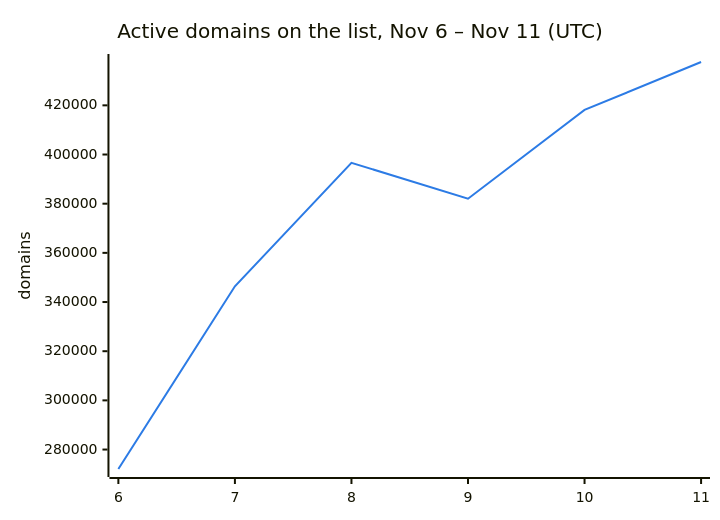
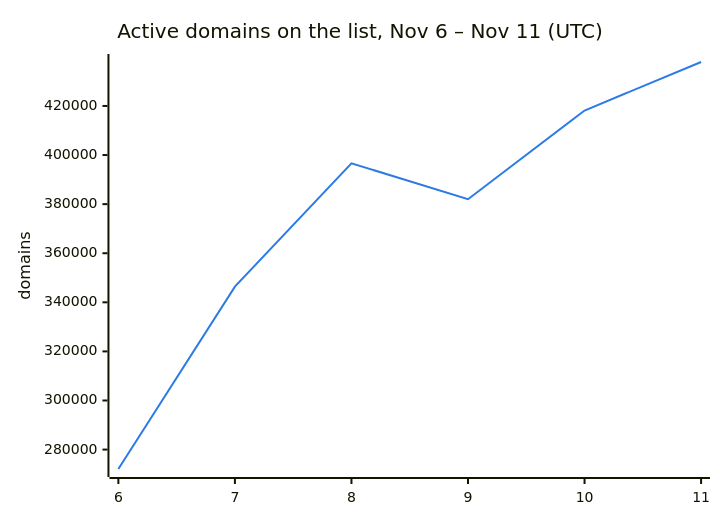
One commit to DNSBunker/CTI changed the second of 3 diagrams in README.md. Above: the diagram before and after it, drawn with Mermaid. The commit also changed other lines of this file and 3 other files, not shown here.

````diff
--- a/README.md
+++ b/README.md
@@ -38,8 +38,8 @@
 ```mermaid
 %%{init: {"themeVariables": {"xyChart": {"plotColorPalette": "#2c7be5"}}}}%%
 xychart-beta
     title "Active domains on the list, Nov 6 – Nov 11 (UTC)"
     x-axis ["6", "7", "8", "9", "10", "11"]
     y-axis "domains"
-    line [272088, 346388, 396638, 382009, 418143, 437630]
+    line [272088, 346388, 396638, 382009, 418143, 437911]
 ```
````
